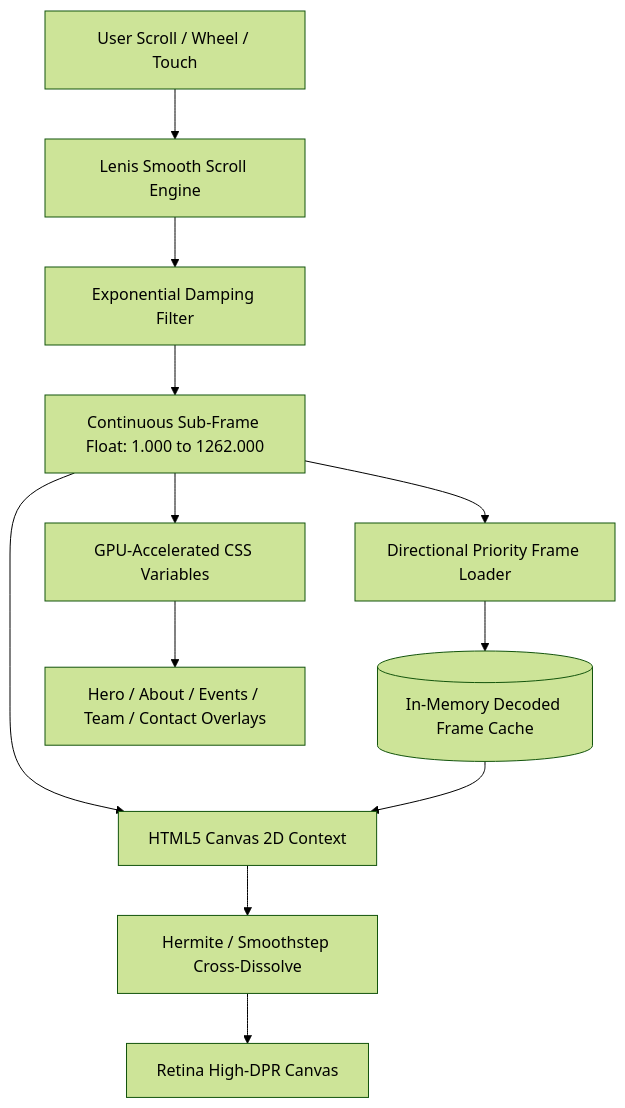
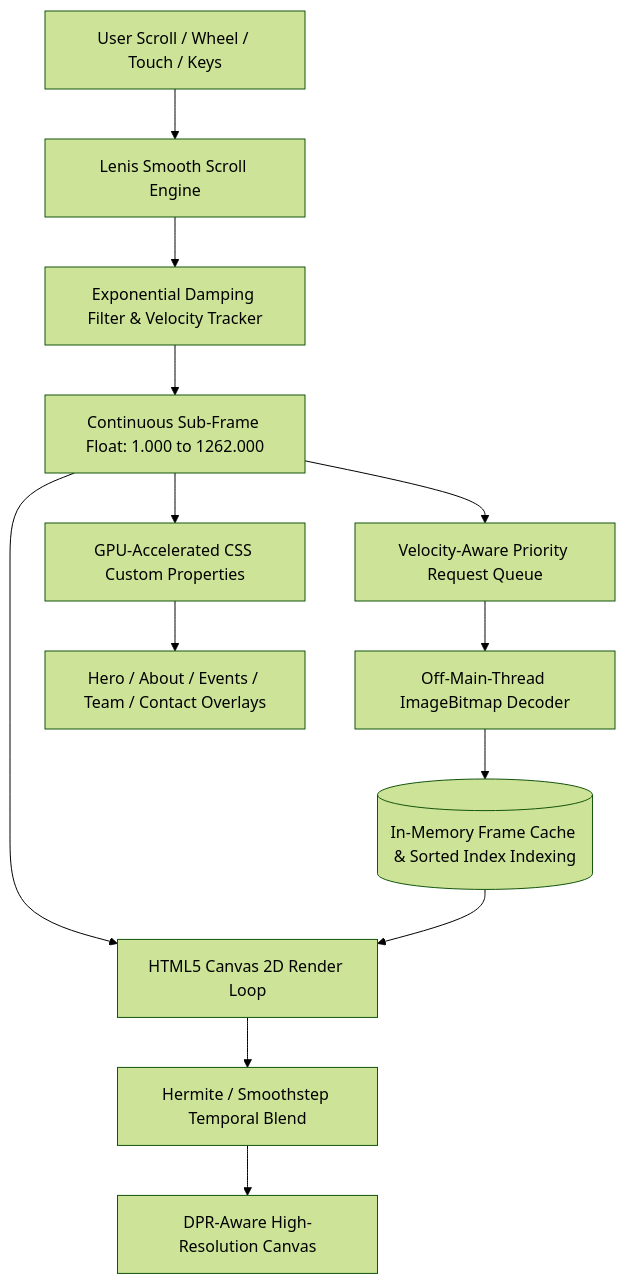
The diagram in README.md (ecell-woxsen/ecell-new-website), drawn with Mermaid (forest theme) before and after one commit. The commit also changed other lines of this file, not shown here.

````diff
--- a/README.md
+++ b/README.md
@@ -61,18 +69,19 @@
 ```mermaid
 flowchart TD
-    UserScroll[User Scroll / Wheel / Touch] --> Lenis[Lenis Smooth Scroll Engine]
-    Lenis --> Damping[Exponential Damping Filter]
+    UserScroll[User Scroll / Wheel / Touch / Keys] --> Lenis[Lenis Smooth Scroll Engine]
+    Lenis --> Damping[Exponential Damping Filter & Velocity Tracker]
     Damping --> TargetFloat[Continuous Sub-Frame Float: 1.000 to 1262.000]
     
-    TargetFloat --> PriorityLoader[Directional Priority Frame Loader]
-    TargetFloat --> CanvasRender[HTML5 Canvas 2D Context]
-    TargetFloat --> CSSVars[GPU-Accelerated CSS Variables]
+    TargetFloat --> PriorityLoader[Velocity-Aware Priority Request Queue]
+    TargetFloat --> CanvasRender[HTML5 Canvas 2D Render Loop]
+    TargetFloat --> CSSVars[GPU-Accelerated CSS Custom Properties]
     
-    PriorityLoader --> Cache[(In-Memory Decoded Frame Cache)]
+    PriorityLoader --> BitmapWorker[Off-Main-Thread ImageBitmap Decoder]
+    BitmapWorker --> Cache[(In-Memory Frame Cache & Sorted Index Indexing)]
     Cache --> CanvasRender
     
-    CanvasRender --> HermiteBlend[Hermite / Smoothstep Cross-Dissolve]
-    HermiteBlend --> DisplayOutput[Retina High-DPR Canvas]
+    CanvasRender --> HermiteBlend[Hermite / Smoothstep Temporal Blend]
+    HermiteBlend --> DisplayOutput[DPR-Aware High-Resolution Canvas]
     
     CSSVars --> Overlays[Hero / About / Events / Team / Contact Overlays]
 ```
````
